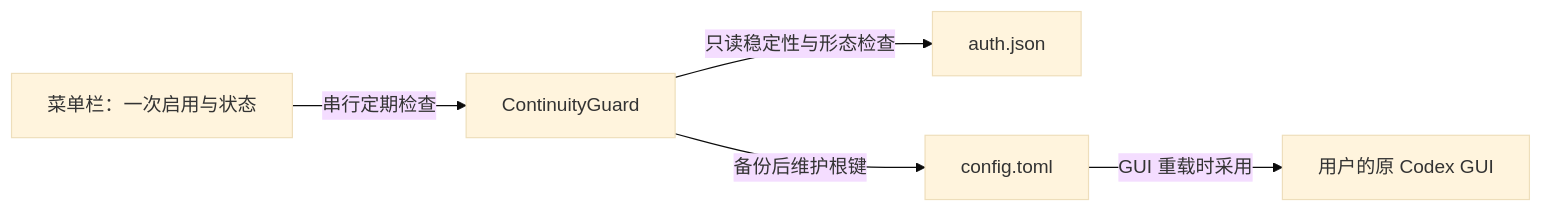
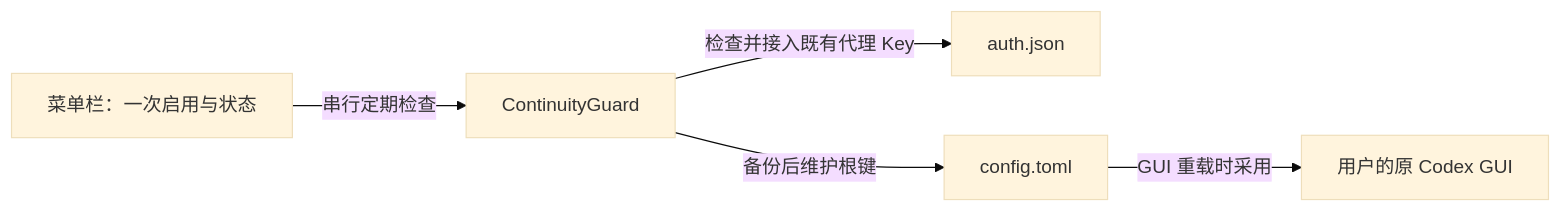
The first of 2 diagrams in docs/analysis.md (PixelCores/Miruun), drawn with Mermaid (base theme) before and after one commit. The commit also changed other lines of this file and 7 other files, not shown here.

````diff
--- a/docs/analysis.md
+++ b/docs/analysis.md
@@ -31,7 +41,7 @@
 ```mermaid
 flowchart LR
     UI[菜单栏：一次启用与状态] -->|串行定期检查| Guard[ContinuityGuard]
-    Guard -->|只读稳定性与形态检查| Auth[auth.json]
+    Guard -->|检查并接入既有代理 Key| Auth[auth.json]
     Guard -->|备份后维护根键| Config[config.toml]
     Config -->|GUI 重载时采用| Codex[用户的原 Codex GUI]
 ```
````
